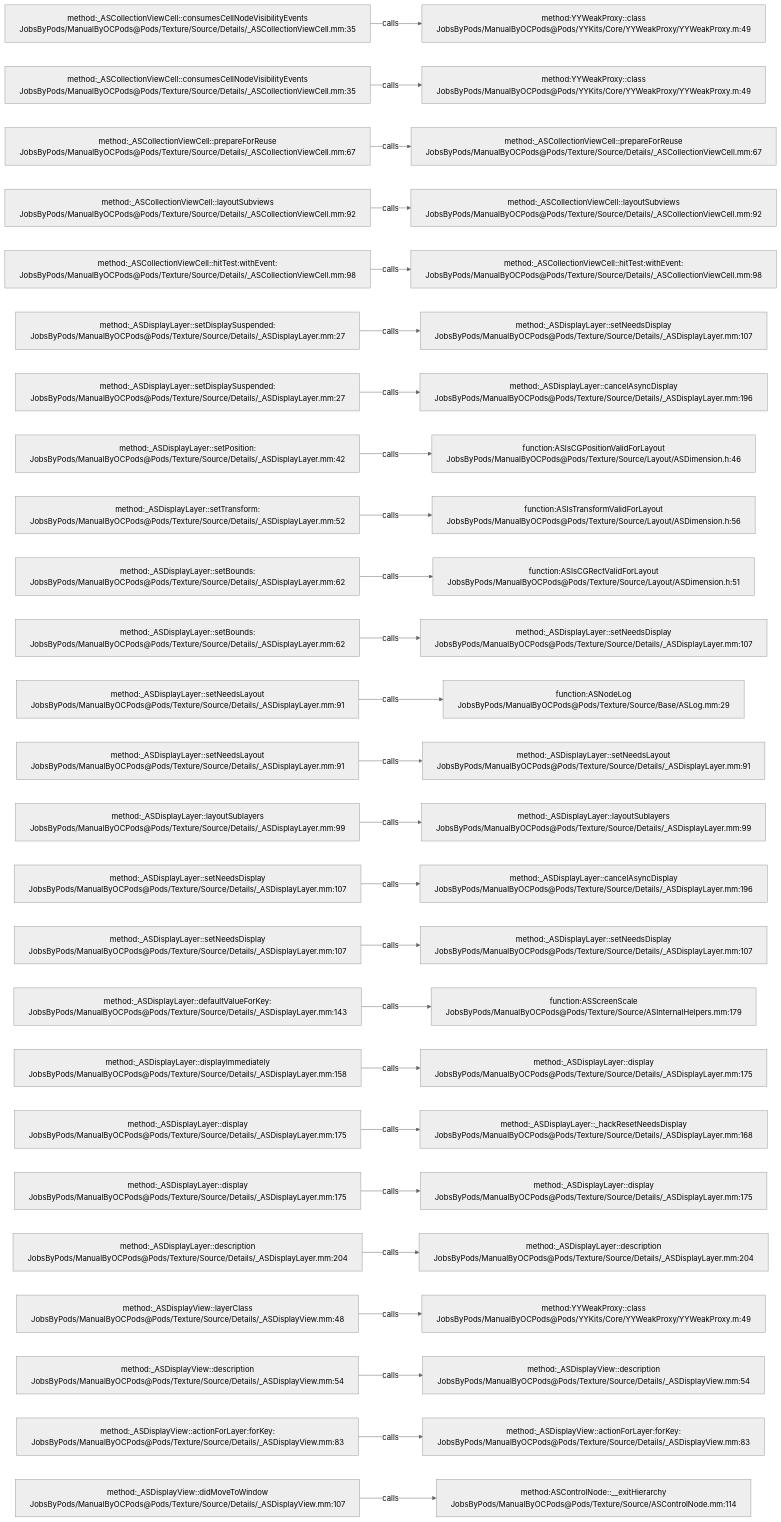
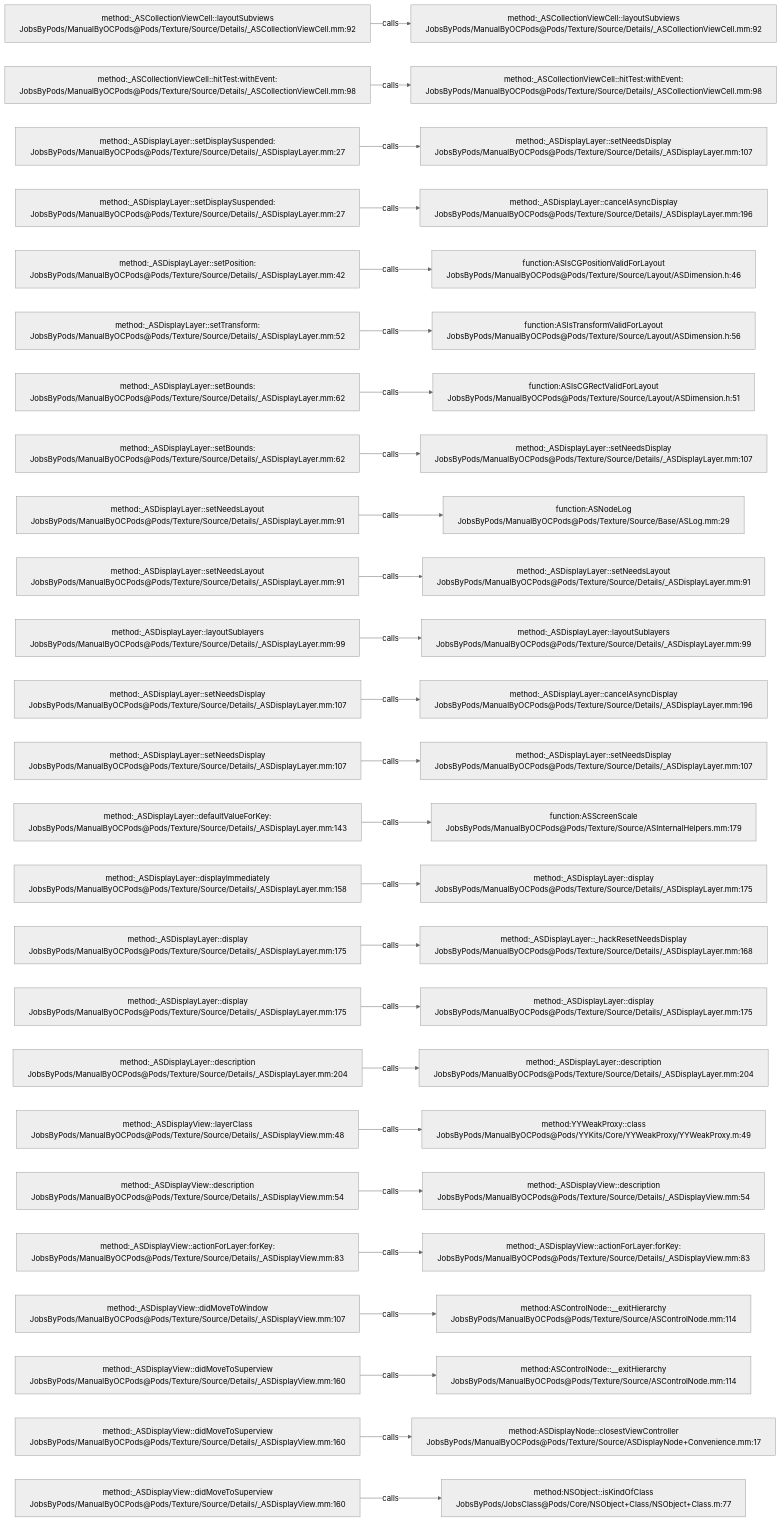
One commit to JobsKits/JobsOCBaseConfigDemo changed the diagram in .codegraph/codegraph.md/graphs/calls-173.md. Above: the diagram before and after it, drawn with Mermaid (neutral theme). The commit also changed 342 other files, not shown here.

````diff
--- a/.codegraph/codegraph.md/graphs/calls-173.md
+++ b/.codegraph/codegraph.md/graphs/calls-173.md
@@ -13,78 +13,78 @@
 ```mermaid
 flowchart LR
-  S1["method:_ASCollectionViewCell::consumesCellNodeVisibilityEvents<br/>JobsByPods/ManualByOCPods@Pods/Texture/Source/Details/_ASCollectionViewCell.mm:35"]
-  T1["method:YYWeakProxy::class<br/>JobsByPods/ManualByOCPods@Pods/YYKits/Core/YYWeakProxy/YYWeakProxy.m:49"]
+  S1["method:_ASCollectionViewCell::layoutSubviews<br/>JobsByPods/ManualByOCPods@Pods/Texture/Source/Details/_ASCollectionViewCell.mm:92"]
+  T1["method:_ASCollectionViewCell::layoutSubviews<br/>JobsByPods/ManualByOCPods@Pods/Texture/Source/Details/_ASCollectionViewCell.mm:92"]
   S1 -->|calls| T1
-  S2["method:_ASCollectionViewCell::consumesCellNodeVisibilityEvents<br/>JobsByPods/ManualByOCPods@Pods/Texture/Source/Details/_ASCollectionViewCell.mm:35"]
-  T2["method:YYWeakProxy::class<br/>JobsByPods/ManualByOCPods@Pods/YYKits/Core/YYWeakProxy/YYWeakProxy.m:49"]
+  S2["method:_ASCollectionViewCell::hitTest:withEvent:<br/>JobsByPods/ManualByOCPods@Pods/Texture/Source/Details/_ASCollectionViewCell.mm:98"]
+  T2["method:_ASCollectionViewCell::hitTest:withEvent:<br/>JobsByPods/ManualByOCPods@Pods/Texture/Source/Details/_ASCollectionViewCell.mm:98"]
   S2 -->|calls| T2
-  S3["method:_ASCollectionViewCell::prepareForReuse<br/>JobsByPods/ManualByOCPods@Pods/Texture/Source/Details/_ASCollectionViewCell.mm:67"]
-  T3["method:_ASCollectionViewCell::prepareForReuse<br/>JobsByPods/ManualByOCPods@Pods/Texture/Source/Details/_ASCollectionViewCell.mm:67"]
+  S3["method:_ASDisplayLayer::setDisplaySuspended:<br/>JobsByPods/ManualByOCPods@Pods/Texture/Source/Details/_ASDisplayLayer.mm:27"]
+  T3["method:_ASDisplayLayer::setNeedsDisplay<br/>JobsByPods/ManualByOCPods@Pods/Texture/Source/Details/_ASDisplayLayer.mm:107"]
   S3 -->|calls| T3
-  S4["method:_ASCollectionViewCell::layoutSubviews<br/>JobsByPods/ManualByOCPods@Pods/Texture/Source/Details/_ASCollectionViewCell.mm:92"]
-  T4["method:_ASCollectionViewCell::layoutSubviews<br/>JobsByPods/ManualByOCPods@Pods/Texture/Source/Details/_ASCollectionViewCell.mm:92"]
+  S4["method:_ASDisplayLayer::setDisplaySuspended:<br/>JobsByPods/ManualByOCPods@Pods/Texture/Source/Details/_ASDisplayLayer.mm:27"]
+  T4["method:_ASDisplayLayer::cancelAsyncDisplay<br/>JobsByPods/ManualByOCPods@Pods/Texture/Source/Details/_ASDisplayLayer.mm:196"]
   S4 -->|calls| T4
-  S5["method:_ASCollectionViewCell::hitTest:withEvent:<br/>JobsByPods/ManualByOCPods@Pods/Texture/Source/Details/_ASCollectionViewCell.mm:98"]
-  T5["method:_ASCollectionViewCell::hitTest:withEvent:<br/>JobsByPods/ManualByOCPods@Pods/Texture/Source/Details/_ASCollectionViewCell.mm:98"]
+  S5["method:_ASDisplayLayer::setPosition:<br/>JobsByPods/ManualByOCPods@Pods/Texture/Source/Details/_ASDisplayLayer.mm:42"]
+  T5["function:ASIsCGPositionValidForLayout<br/>JobsByPods/ManualByOCPods@Pods/Texture/Source/Layout/ASDimension.h:46"]
   S5 -->|calls| T5
-  S6["method:_ASDisplayLayer::setDisplaySuspended:<br/>JobsByPods/ManualByOCPods@Pods/Texture/Source/Details/_ASDisplayLayer.mm:27"]
-  T6["method:_ASDisplayLayer::setNeedsDisplay<br/>JobsByPods/ManualByOCPods@Pods/Texture/Source/Details/_ASDisplayLayer.mm:107"]
+  S6["method:_ASDisplayLayer::setTransform:<br/>JobsByPods/ManualByOCPods@Pods/Texture/Source/Details/_ASDisplayLayer.mm:52"]
+  T6["function:ASIsTransformValidForLayout<br/>JobsByPods/ManualByOCPods@Pods/Texture/Source/Layout/ASDimension.h:56"]
   S6 -->|calls| T6
-  S7["method:_ASDisplayLayer::setDisplaySuspended:<br/>JobsByPods/ManualByOCPods@Pods/Texture/Source/Details/_ASDisplayLayer.mm:27"]
-  T7["method:_ASDisplayLayer::cancelAsyncDisplay<br/>JobsByPods/ManualByOCPods@Pods/Texture/Source/Details/_ASDisplayLayer.mm:196"]
+  S7["method:_ASDisplayLayer::setBounds:<br/>JobsByPods/ManualByOCPods@Pods/Texture/Source/Details/_ASDisplayLayer.mm:62"]
+  T7["function:ASIsCGRectValidForLayout<br/>JobsByPods/ManualByOCPods@Pods/Texture/Source/Layout/ASDimension.h:51"]
   S7 -->|calls| T7
-  S8["method:_ASDisplayLayer::setPosition:<br/>JobsByPods/ManualByOCPods@Pods/Texture/Source/Details/_ASDisplayLayer.mm:42"]
-  T8["function:ASIsCGPositionValidForLayout<br/>JobsByPods/ManualByOCPods@Pods/Texture/Source/Layout/ASDimension.h:46"]
+  S8["method:_ASDisplayLayer::setBounds:<br/>JobsByPods/ManualByOCPods@Pods/Texture/Source/Details/_ASDisplayLayer.mm:62"]
+  T8["method:_ASDisplayLayer::setNeedsDisplay<br/>JobsByPods/ManualByOCPods@Pods/Texture/Source/Details/_ASDisplayLayer.mm:107"]
   S8 -->|calls| T8
-  S9["method:_ASDisplayLayer::setTransform:<br/>JobsByPods/ManualByOCPods@Pods/Texture/Source/Details/_ASDisplayLayer.mm:52"]
-  T9["function:ASIsTransformValidForLayout<br/>JobsByPods/ManualByOCPods@Pods/Texture/Source/Layout/ASDimension.h:56"]
+  S9["method:_ASDisplayLayer::setNeedsLayout<br/>JobsByPods/ManualByOCPods@Pods/Texture/Source/Details/_ASDisplayLayer.mm:91"]
+  T9["function:ASNodeLog<br/>JobsByPods/ManualByOCPods@Pods/Texture/Source/Base/ASLog.mm:29"]
   S9 -->|calls| T9
-  S10["method:_ASDisplayLayer::setBounds:<br/>JobsByPods/ManualByOCPods@Pods/Texture/Source/Details/_ASDisplayLayer.mm:62"]
-  T10["function:ASIsCGRectValidForLayout<br/>JobsByPods/ManualByOCPods@Pods/Texture/Source/Layout/ASDimension.h:51"]
+  S10["method:_ASDisplayLayer::setNeedsLayout<br/>JobsByPods/ManualByOCPods@Pods/Texture/Source/Details/_ASDisplayLayer.mm:91"]
+  T10["method:_ASDisplayLayer::setNeedsLayout<br/>JobsByPods/ManualByOCPods@Pods/Texture/Source/Details/_ASDisplayLayer.mm:91"]
   S10 -->|calls| T10
-  S11["method:_ASDisplayLayer::setBounds:<br/>JobsByPods/ManualByOCPods@Pods/Texture/Source/Details/_ASDisplayLayer.mm:62"]
-  T11["method:_ASDisplayLayer::setNeedsDisplay<br/>JobsByPods/ManualByOCPods@Pods/Texture/Source/Details/_ASDisplayLayer.mm:107"]
+  S11["method:_ASDisplayLayer::layoutSublayers<br/>JobsByPods/ManualByOCPods@Pods/Texture/Source/Details/_ASDisplayLayer.mm:99"]
+  T11["method:_ASDisplayLayer::layoutSublayers<br/>JobsByPods/ManualByOCPods@Pods/Texture/Source/Details/_ASDisplayLayer.mm:99"]
   S11 -->|calls| T11
-  S12["method:_ASDisplayLayer::setNeedsLayout<br/>JobsByPods/ManualByOCPods@Pods/Texture/Source/Details/_ASDisplayLayer.mm:91"]
-  T12["function:ASNodeLog<br/>JobsByPods/ManualByOCPods@Pods/Texture/Source/Base/ASLog.mm:29"]
+  S12["method:_ASDisplayLayer::setNeedsDisplay<br/>JobsByPods/ManualByOCPods@Pods/Texture/Source/Details/_ASDisplayLayer.mm:107"]
+  T12["method:_ASDisplayLayer::cancelAsyncDisplay<br/>JobsByPods/ManualByOCPods@Pods/Texture/Source/Details/_ASDisplayLayer.mm:196"]
   S12 -->|calls| T12
-  S13["method:_ASDisplayLayer::setNeedsLayout<br/>JobsByPods/ManualByOCPods@Pods/Texture/Source/Details/_ASDisplayLayer.mm:91"]
-  T13["method:_ASDisplayLayer::setNeedsLayout<br/>JobsByPods/ManualByOCPods@Pods/Texture/Source/Details/_ASDisplayLayer.mm:91"]
+  S13["method:_ASDisplayLayer::setNeedsDisplay<br/>JobsByPods/ManualByOCPods@Pods/Texture/Source/Details/_ASDisplayLayer.mm:107"]
+  T13["method:_ASDisplayLayer::setNeedsDisplay<br/>JobsByPods/ManualByOCPods@Pods/Texture/Source/Details/_ASDisplayLayer.mm:107"]
   S13 -->|calls| T13
-  S14["method:_ASDisplayLayer::layoutSublayers<br/>JobsByPods/ManualByOCPods@Pods/Texture/Source/Details/_ASDisplayLayer.mm:99"]
-  T14["method:_ASDisplayLayer::layoutSublayers<br/>JobsByPods/ManualByOCPods@Pods/Texture/Source/Details/_ASDisplayLayer.mm:99"]
+  S14["method:_ASDisplayLayer::defaultValueForKey:<br/>JobsByPods/ManualByOCPods@Pods/Texture/Source/Details/_ASDisplayLayer.mm:143"]
+  T14["function:ASScreenScale<br/>JobsByPods/ManualByOCPods@Pods/Texture/Source/ASInternalHelpers.mm:179"]
   S14 -->|calls| T14
-  S15["method:_ASDisplayLayer::setNeedsDisplay<br/>JobsByPods/ManualByOCPods@Pods/Texture/Source/Details/_ASDisplayLayer.mm:107"]
-  T15["method:_ASDisplayLayer::cancelAsyncDisplay<br/>JobsByPods/ManualByOCPods@Pods/Texture/Source/Details/_ASDisplayLayer.mm:196"]
+  S15["method:_ASDisplayLayer::displayImmediately<br/>JobsByPods/ManualByOCPods@Pods/Texture/Source/Details/_ASDisplayLayer.mm:158"]
+  T15["method:_ASDisplayLayer::display<br/>JobsByPods/ManualByOCPods@Pods/Texture/Source/Details/_ASDisplayLayer.mm:175"]
   S15 -->|calls| T15
-  S16["method:_ASDisplayLayer::setNeedsDisplay<br/>JobsByPods/ManualByOCPods@Pods/Texture/Source/Details/_ASDisplayLayer.mm:107"]
-  T16["method:_ASDisplayLayer::setNeedsDisplay<br/>JobsByPods/ManualByOCPods@Pods/Texture/Source/Details/_ASDisplayLayer.mm:107"]
+  S16["method:_ASDisplayLayer::display<br/>JobsByPods/ManualByOCPods@Pods/Texture/Source/Details/_ASDisplayLayer.mm:175"]
+  T16["method:_ASDisplayLayer::_hackResetNeedsDisplay<br/>JobsByPods/ManualByOCPods@Pods/Texture/Source/Details/_ASDisplayLayer.mm:168"]
   S16 -->|calls| T16
-  S17["method:_ASDisplayLayer::defaultValueForKey:<br/>JobsByPods/ManualByOCPods@Pods/Texture/Source/Details/_ASDisplayLayer.mm:143"]
-  T17["function:ASScreenScale<br/>JobsByPods/ManualByOCPods@Pods/Texture/Source/ASInternalHelpers.mm:179"]
+  S17["method:_ASDisplayLayer::display<br/>JobsByPods/ManualByOCPods@Pods/Texture/Source/Details/_ASDisplayLayer.mm:175"]
+  T17["method:_ASDisplayLayer::display<br/>JobsByPods/ManualByOCPods@Pods/Texture/Source/Details/_ASDisplayLayer.mm:175"]
   S17 -->|calls| T17
-  S18["method:_ASDisplayLayer::displayImmediately<br/>JobsByPods/ManualByOCPods@Pods/Texture/Source/Details/_ASDisplayLayer.mm:158"]
-  T18["method:_ASDisplayLayer::display<br/>JobsByPods/ManualByOCPods@Pods/Texture/Source/Details/_ASDisplayLayer.mm:175"]
+  S18["method:_ASDisplayLayer::description<br/>JobsByPods/ManualByOCPods@Pods/Texture/Source/Details/_ASDisplayLayer.mm:204"]
+  T18["method:_ASDisplayLayer::description<br/>JobsByPods/ManualByOCPods@Pods/Texture/Source/Details/_ASDisplayLayer.mm:204"]
   S18 -->|calls| T18
-  S19["method:_ASDisplayLayer::display<br/>JobsByPods/ManualByOCPods@Pods/Texture/Source/Details/_ASDisplayLayer.mm:175"]
-  T19["method:_ASDisplayLayer::_hackResetNeedsDisplay<br/>JobsByPods/ManualByOCPods@Pods/Texture/Source/Details/_ASDisplayLayer.mm:168"]
+  S19["method:_ASDisplayView::layerClass<br/>JobsByPods/ManualByOCPods@Pods/Texture/Source/Details/_ASDisplayView.mm:48"]
+  T19["method:YYWeakProxy::class<br/>JobsByPods/ManualByOCPods@Pods/YYKits/Core/YYWeakProxy/YYWeakProxy.m:49"]
   S19 -->|calls| T19
-  S20["method:_ASDisplayLayer::display<br/>JobsByPods/ManualByOCPods@Pods/Texture/Source/Details/_ASDisplayLayer.mm:175"]
-  T20["method:_ASDisplayLayer::display<br/>JobsByPods/ManualByOCPods@Pods/Texture/Source/Details/_ASDisplayLayer.mm:175"]
+  S20["method:_ASDisplayView::description<br/>JobsByPods/ManualByOCPods@Pods/Texture/Source/Details/_ASDisplayView.mm:54"]
+  T20["method:_ASDisplayView::description<br/>JobsByPods/ManualByOCPods@Pods/Texture/Source/Details/_ASDisplayView.mm:54"]
   S20 -->|calls| T20
-  S21["method:_ASDisplayLayer::description<br/>JobsByPods/ManualByOCPods@Pods/Texture/Source/Details/_ASDisplayLayer.mm:204"]
-  T21["method:_ASDisplayLayer::description<br/>JobsByPods/ManualByOCPods@Pods/Texture/Source/Details/_ASDisplayLayer.mm:204"]
+  S21["method:_ASDisplayView::actionForLayer:forKey:<br/>JobsByPods/ManualByOCPods@Pods/Texture/Source/Details/_ASDisplayView.mm:83"]
+  T21["method:_ASDisplayView::actionForLayer:forKey:<br/>JobsByPods/ManualByOCPods@Pods/Texture/Source/Details/_ASDisplayView.mm:83"]
   S21 -->|calls| T21
-  S22["method:_ASDisplayView::layerClass<br/>JobsByPods/ManualByOCPods@Pods/Texture/Source/Details/_ASDisplayView.mm:48"]
-  T22["method:YYWeakProxy::class<br/>JobsByPods/ManualByOCPods@Pods/YYKits/Core/YYWeakProxy/YYWeakProxy.m:49"]
+  S22["method:_ASDisplayView::didMoveToWindow<br/>JobsByPods/ManualByOCPods@Pods/Texture/Source/Details/_ASDisplayView.mm:107"]
+  T22["method:ASControlNode::__exitHierarchy<br/>JobsByPods/ManualByOCPods@Pods/Texture/Source/ASControlNode.mm:114"]
   S22 -->|calls| T22
-  S23["method:_ASDisplayView::description<br/>JobsByPods/ManualByOCPods@Pods/Texture/Source/Details/_ASDisplayView.mm:54"]
-  T23["method:_ASDisplayView::description<br/>JobsByPods/ManualByOCPods@Pods/Texture/Source/Details/_ASDisplayView.mm:54"]
+  S23["method:_ASDisplayView::didMoveToSuperview<br/>JobsByPods/ManualByOCPods@Pods/Texture/Source/Details/_ASDisplayView.mm:160"]
+  T23["method:ASControlNode::__exitHierarchy<br/>JobsByPods/ManualByOCPods@Pods/Texture/Source/ASControlNode.mm:114"]
   S23 -->|calls| T23
-  S24["method:_ASDisplayView::actionForLayer:forKey:<br/>JobsByPods/ManualByOCPods@Pods/Texture/Source/Details/_ASDisplayView.mm:83"]
-  T24["method:_ASDisplayView::actionForLayer:forKey:<br/>JobsByPods/ManualByOCPods@Pods/Texture/Source/Details/_ASDisplayView.mm:83"]
+  S24["method:_ASDisplayView::didMoveToSuperview<br/>JobsByPods/ManualByOCPods@Pods/Texture/Source/Details/_ASDisplayView.mm:160"]
+  T24["method:ASDisplayNode::closestViewController<br/>JobsByPods/ManualByOCPods@Pods/Texture/Source/ASDisplayNode+Convenience.mm:17"]
   S24 -->|calls| T24
-  S25["method:_ASDisplayView::didMoveToWindow<br/>JobsByPods/ManualByOCPods@Pods/Texture/Source/Details/_ASDisplayView.mm:107"]
-  T25["method:ASControlNode::__exitHierarchy<br/>JobsByPods/ManualByOCPods@Pods/Texture/Source/ASControlNode.mm:114"]
+  S25["method:_ASDisplayView::didMoveToSuperview<br/>JobsByPods/ManualByOCPods@Pods/Texture/Source/Details/_ASDisplayView.mm:160"]
+  T25["method:NSObject::isKindOfClass<br/>JobsByPods/JobsClass@Pods/Core/NSObject+Class/NSObject+Class.m:77"]
   S25 -->|calls| T25
 ```
````
